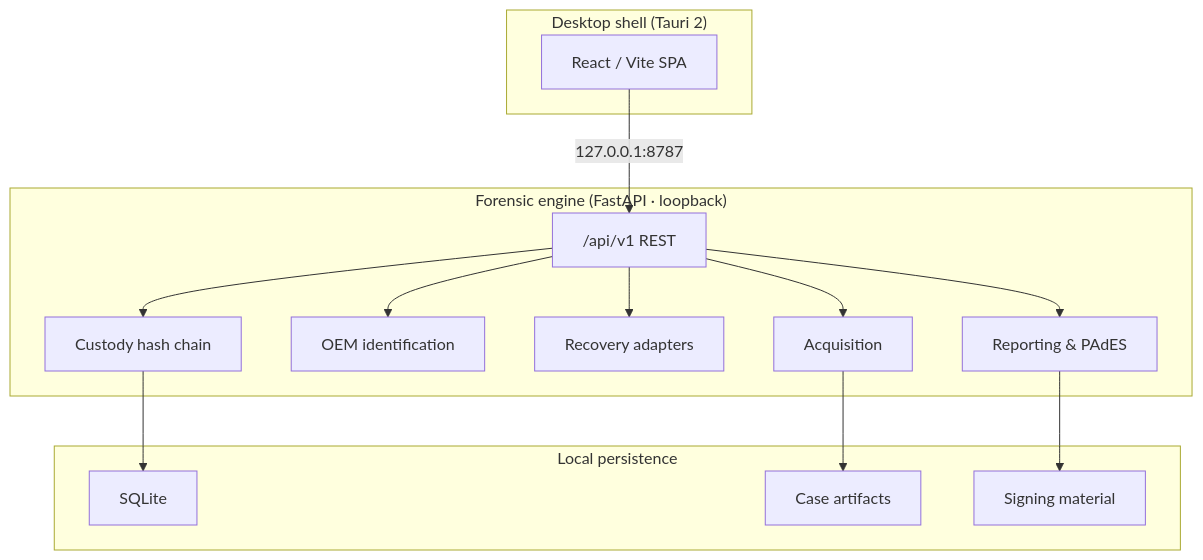
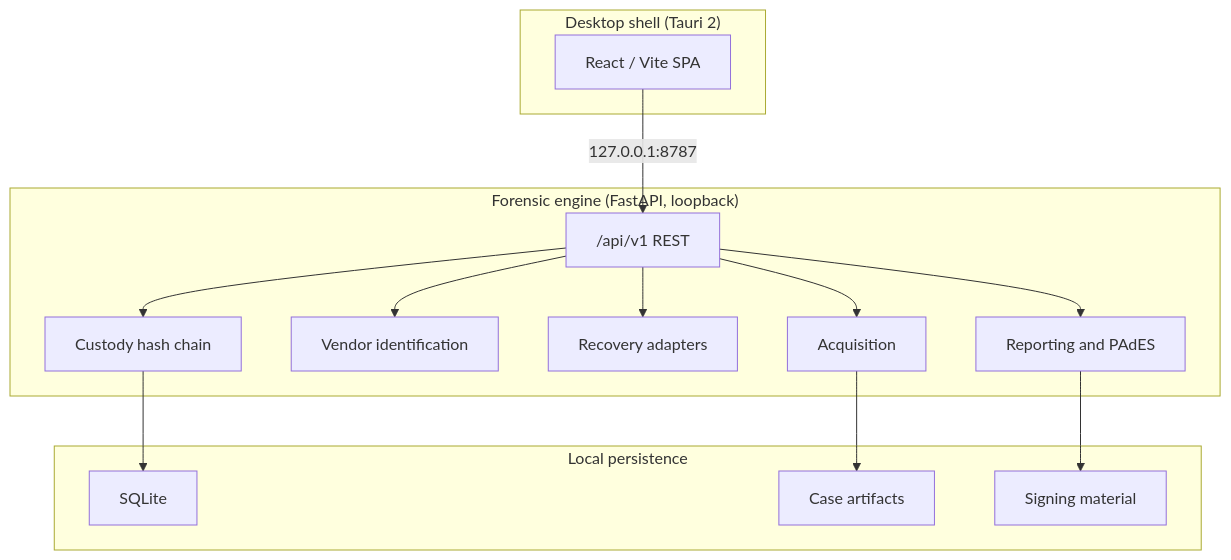
The diagram in README.md (navneetxdd/Pramaan), drawn with Mermaid before and after one commit. The commit also changed other lines of this file, not shown here.

````diff
--- a/README.md
+++ b/README.md
@@ -92,24 +131,24 @@
 ```mermaid
 flowchart TB
   subgraph desktop["Desktop shell (Tauri 2)"]
     UI["React / Vite SPA"]
   end
-  subgraph engine["Forensic engine (FastAPI · loopback)"]
+  subgraph engine["Forensic engine (FastAPI, loopback)"]
     API["/api/v1 REST"]
     ACQ["Acquisition"]
-    ID["OEM identification"]
+    ID["Vendor identification"]
     REC["Recovery adapters"]
     CUS["Custody hash chain"]
-    REP["Reporting & PAdES"]
+    REP["Reporting and PAdES"]
   end
   subgraph storage["Local persistence"]
     DB["SQLite"]
     ART["Case artifacts"]
     SIG["Signing material"]
   end
   UI -->|"127.0.0.1:8787"| API
   API --> ACQ & ID & REC & CUS & REP
   ACQ --> ART
   CUS --> DB
   REP --> SIG
 ```
````
